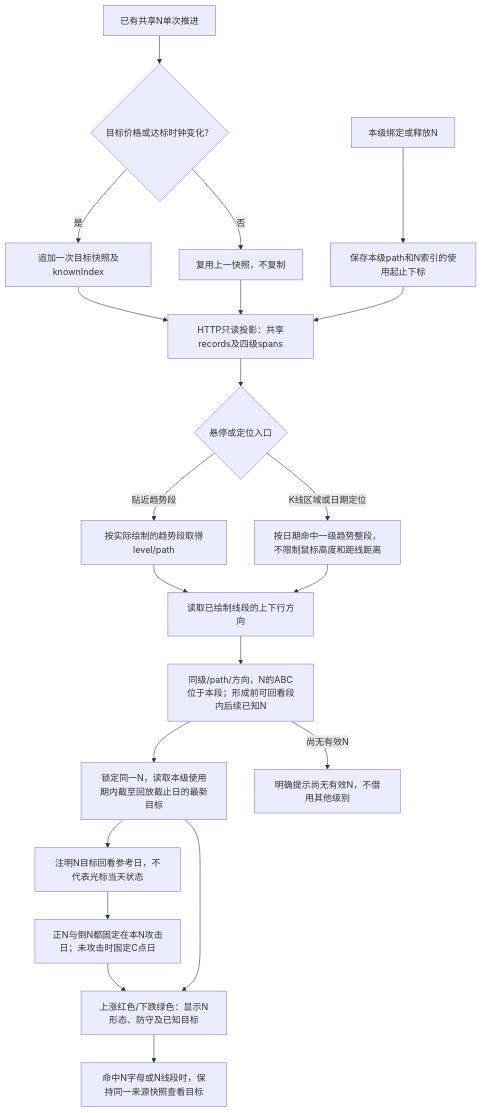
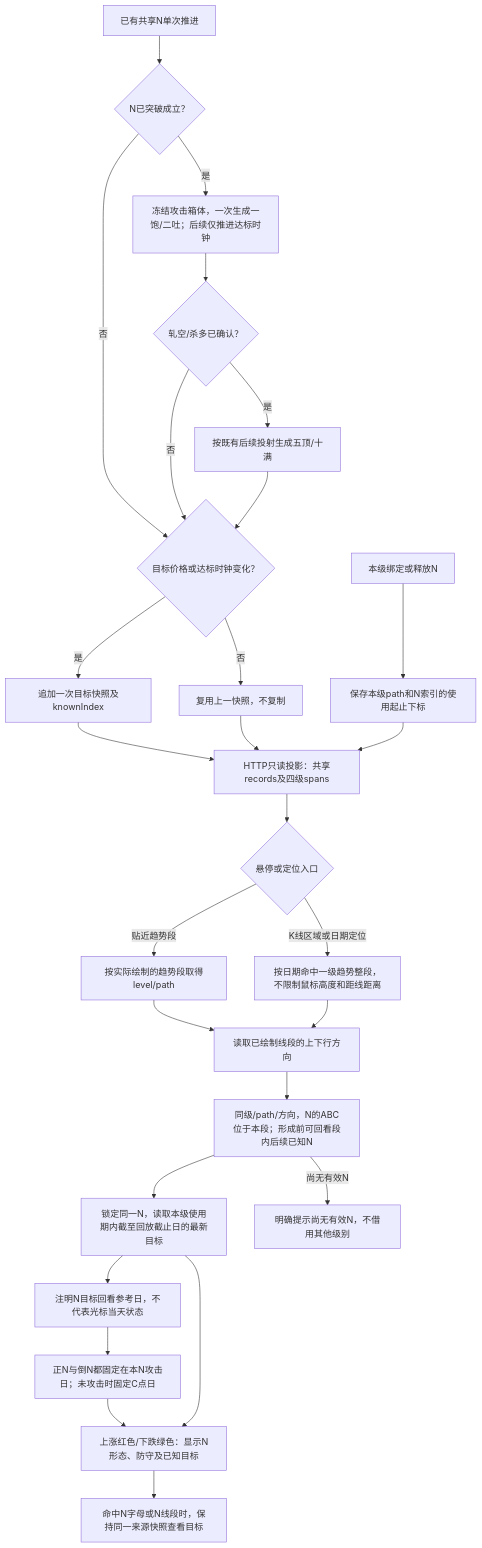
Before and after one commit to bobo553/wavequant-monorepo: diagram 21 of 27 in docs/trend-analysis-flow.md, drawn with Mermaid. The commit also changed other lines of this file and 19 other files, not shown here.

````diff
--- a/docs/trend-analysis-flow.md
+++ b/docs/trend-analysis-flow.md
@@ -677,23 +721,29 @@
 ```mermaid
 flowchart TD
-    A["已有共享N单次推进"] --> B{"目标价格或达标时钟变化？"}
+    A["已有共享N单次推进"] --> ATTACK{"N已突破成立？"}
+    ATTACK -->|是| BASIC["冻结攻击箱体，一次生成一饱/二吐；后续仅推进达标时钟"]
+    ATTACK -->|否| B{"目标价格或达标时钟变化？"}
+    BASIC --> CONFIRM{"轧空/杀多已确认？"}
+    CONFIRM -->|是| FAR["按既有后续投射生成五顶/十满"]
+    CONFIRM -->|否| B
+    FAR --> B
     B -->|是| C["追加一次目标快照及knownIndex"]
     B -->|否| D["复用上一快照，不复制"]
     E["本级绑定或释放N"] --> F["保存本级path和N索引的使用起止下标"]
     C --> G["HTTP只读投影：共享records及四级spans"]
     D --> G
     F --> G
     G --> H{"悬停或定位入口"}
     H -->|贴近趋势段| H1["按实际绘制的趋势段取得level/path"]
     H -->|K线区域或日期定位| H2["按日期命中一级趋势整段，不限制鼠标高度和距线距离"]
     H1 --> DIR["读取已绘制线段的上下行方向"]
     H2 --> DIR
     DIR --> I["同级/path/方向，N的ABC位于本段；形成前可回看段内后续已知N"]
     I --> REVIEW["锁定同一N，读取本级使用期内截至回放截止日的最新目标"]
     REVIEW --> LABEL["注明N目标回看参考日，不代表光标当天状态"]
     LABEL --> ANCHOR["正N与倒N都固定在本N攻击日；未攻击时固定C点日"]
     ANCHOR --> K
     REVIEW --> K["上涨红色/下跌绿色：显示N形态、防守及已知目标"]
     K --> HIT["命中N字母或N线段时，保持同一来源快照查看目标"]
     I -->|尚无有效N| L["明确提示尚无有效N，不借用其他级别"]
 ```
````
